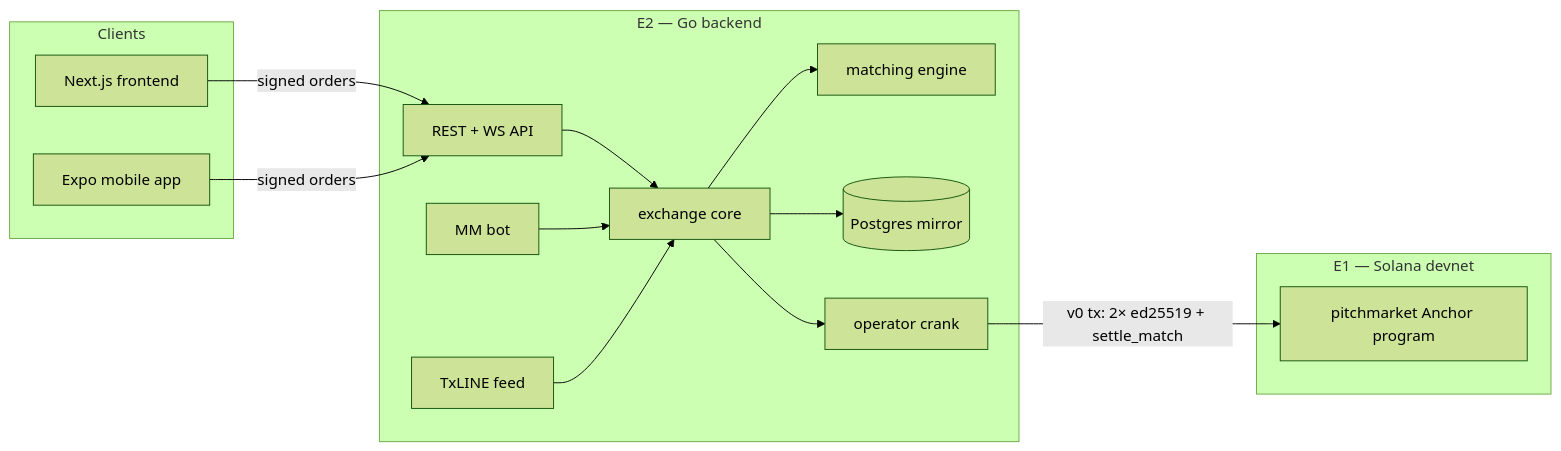
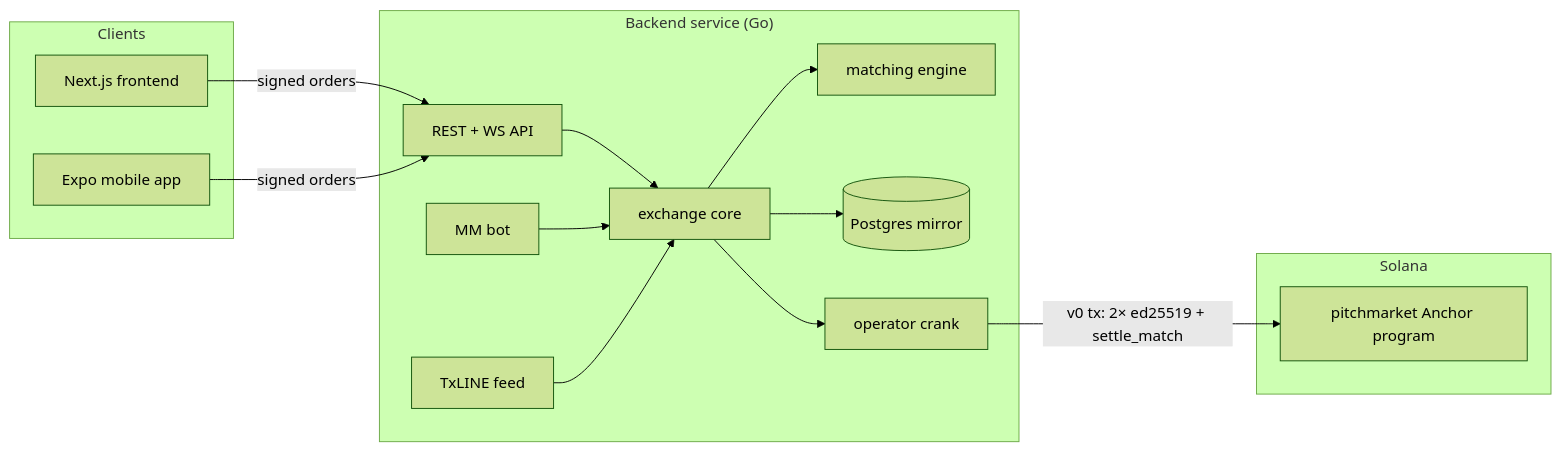
The diagram in docs-site/architecture.mdx (Zerith-Studio/prediction-market), drawn with Mermaid (forest theme) before and after one commit. The commit also changed other lines of this file and 10 other files, not shown here.

````diff
--- a/docs-site/architecture.mdx
+++ b/docs-site/architecture.mdx
@@ -12,28 +14,28 @@
 ```mermaid
 flowchart LR
   subgraph Clients
     FE[Next.js frontend]
     MOB[Expo mobile app]
   end
-  subgraph E2 ["E2 — Go backend"]
+  subgraph Backend ["Backend service (Go)"]
     API[REST + WS API]
     EX[exchange core]
     ME[matching engine]
     PG[(Postgres mirror)]
     CR[operator crank]
     BOT[MM bot]
     FEED[TxLINE feed]
   end
-  subgraph E1 ["E1 — Solana devnet"]
+  subgraph Chain ["Solana"]
     PROG[pitchmarket Anchor program]
   end
   FE -->|signed orders| API
   MOB -->|signed orders| API
   API --> EX
   BOT --> EX
   EX --> ME
   EX --> PG
   EX --> CR
   CR -->|"v0 tx: 2× ed25519 + settle_match"| PROG
   FEED --> EX
 ```
````
